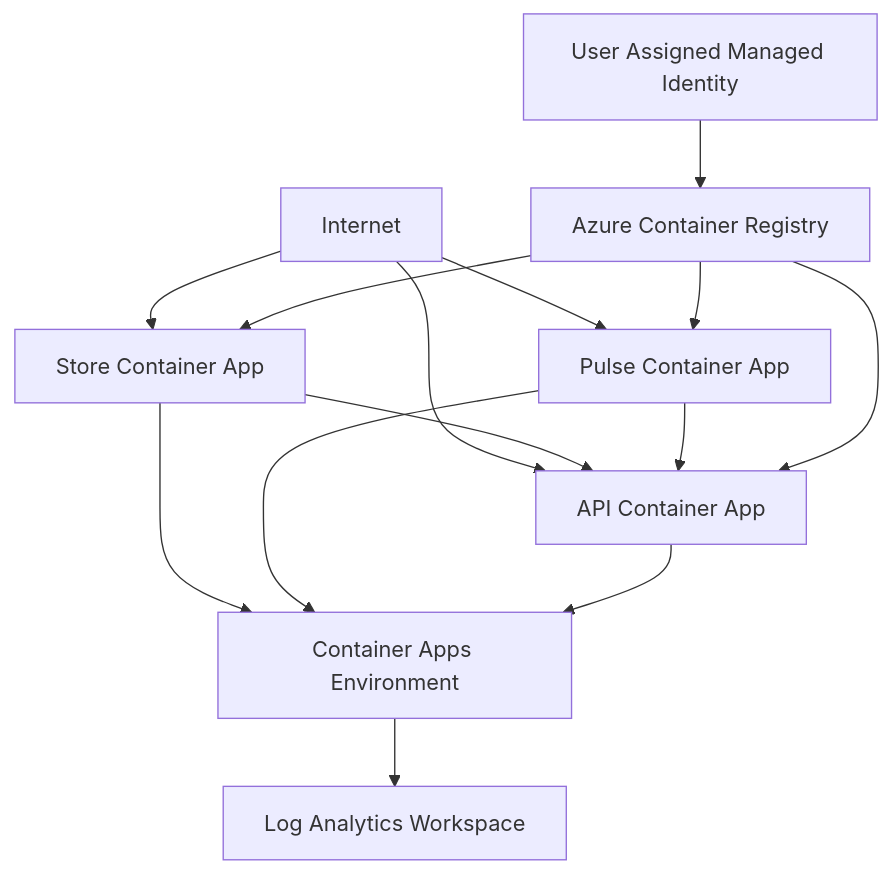
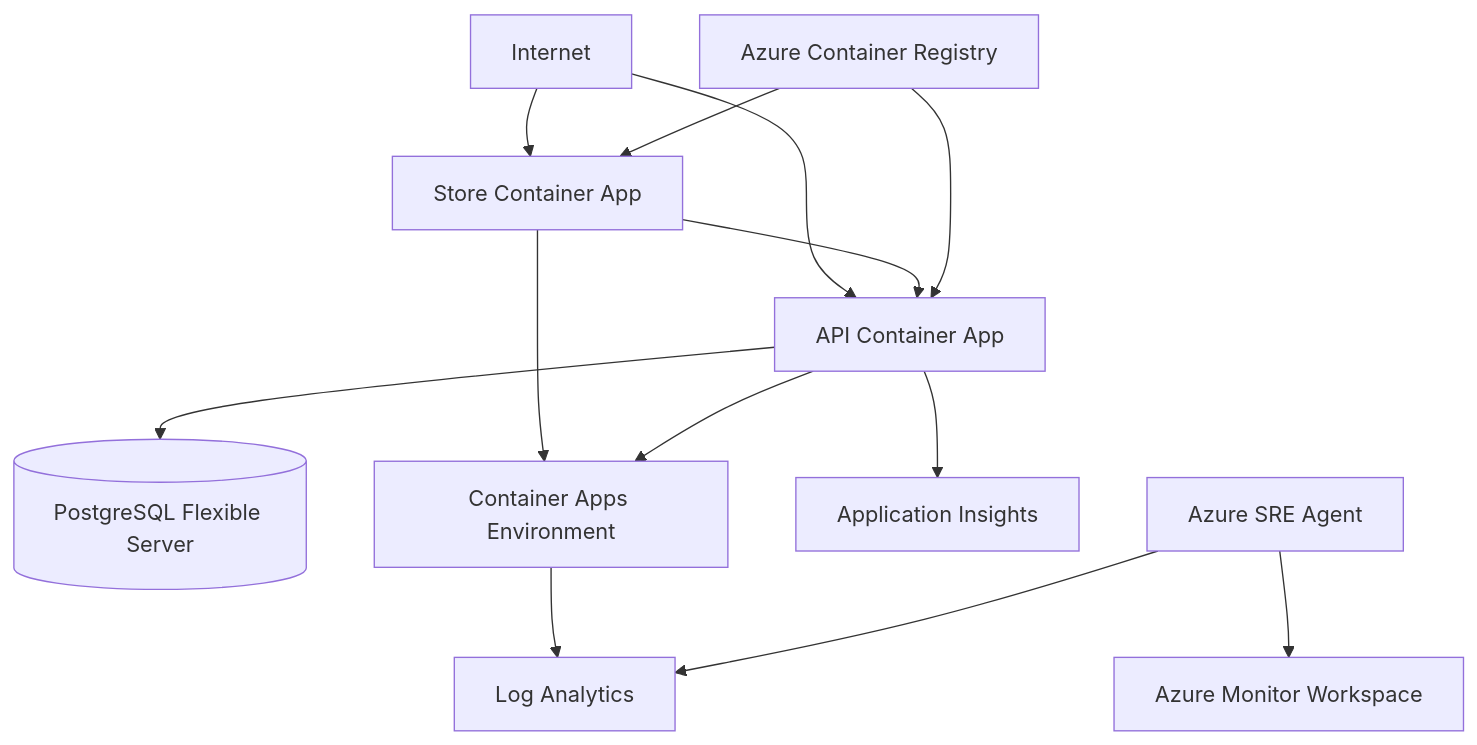
The second of 2 diagrams in docs/system-overview.md (mahya8585/SRE-agent-demo), drawn with Mermaid before and after one commit. The commit also changed other lines of this file and 36 other files, not shown here.

````diff
--- a/docs/system-overview.md
+++ b/docs/system-overview.md
@@ -396,25 +113,15 @@
 ```mermaid
 flowchart TB
-    Internet[Internet]
-    StoreCA[Store Container App]
-    PulseCA[Pulse Container App]
-    ApiCA[API Container App]
-    ACR[Azure Container Registry]
-    ID[User Assigned Managed Identity]
-    LAW[Log Analytics Workspace]
-    CAE[Container Apps Environment]
-
-    Internet --> StoreCA
-    Internet --> PulseCA
-    Internet --> ApiCA
+    Internet[Internet] --> StoreCA[Store Container App]
+    Internet --> ApiCA[API Container App]
     StoreCA --> ApiCA
-    PulseCA --> ApiCA
-    ACR --> StoreCA
-    ACR --> PulseCA
+    ApiCA --> PG[(PostgreSQL Flexible Server)]
+    ACR[Azure Container Registry] --> StoreCA
     ACR --> ApiCA
-    ID --> ACR
-    StoreCA --> CAE
-    PulseCA --> CAE
+    StoreCA --> CAE[Container Apps Environment]
     ApiCA --> CAE
-    CAE --> LAW
+    CAE --> LAW[Log Analytics]
+    ApiCA --> AI[Application Insights]
+    SRE[Azure SRE Agent] --> AMW[Azure Monitor Workspace]
+    SRE --> LAW
 ```
````
